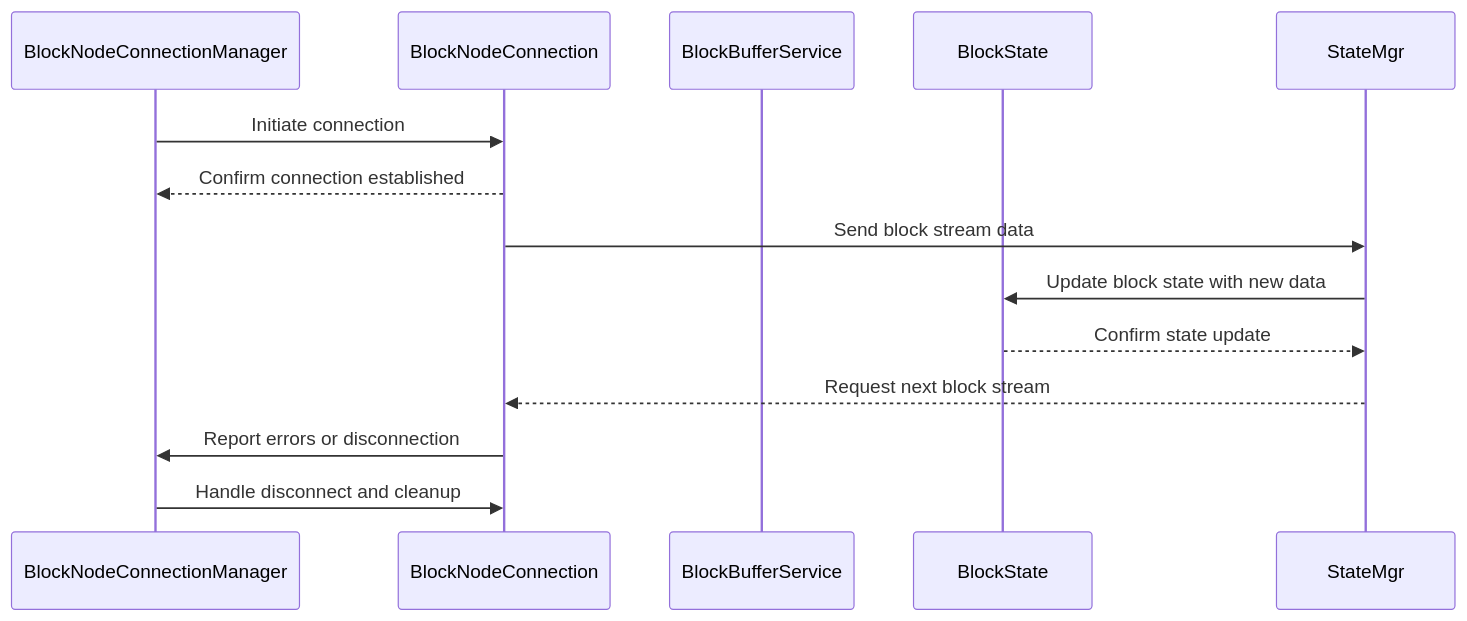
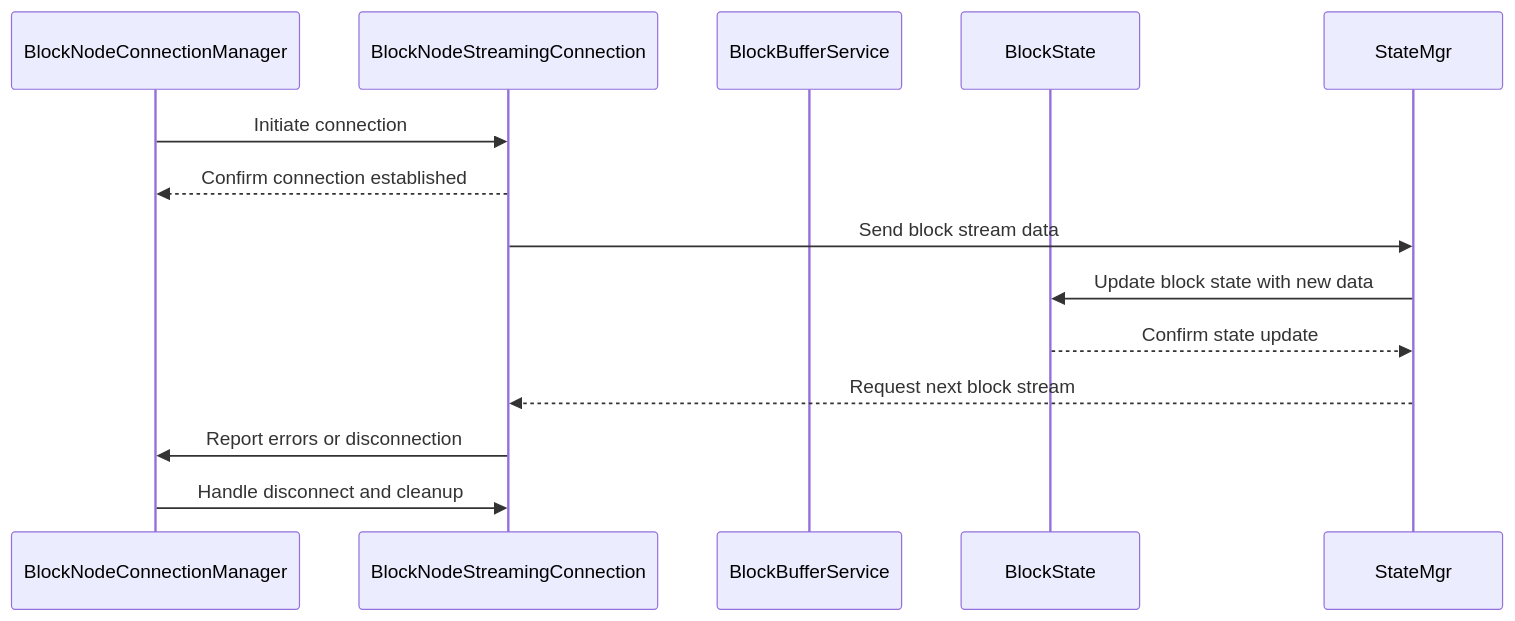
One commit to hiero-ledger/hiero-consensus-node changed the diagram in hedera-node/docs/design/app/blocks/README.md. Above: the diagram before and after it, drawn with Mermaid. The commit also changed other lines of this file and 20 other files, not shown here.

Commit message:
feat: When selecting a block node, use the block node server status

````diff
--- a/hedera-node/docs/design/app/blocks/README.md
+++ b/hedera-node/docs/design/app/blocks/README.md
@@ -21,16 +21,16 @@
 ```mermaid
 sequenceDiagram
     participant Manager as BlockNodeConnectionManager
-    participant Connection as BlockNodeConnection
+    participant Connection as BlockNodeStreamingConnection
     participant Buffer as BlockBufferService
     participant BlockState as BlockState
 
     Manager->>Connection: Initiate connection
     Connection-->>Manager: Confirm connection established
     Connection->>StateMgr: Send block stream data
     StateMgr->>BlockState: Update block state with new data
     BlockState-->>StateMgr: Confirm state update
     StateMgr-->>Connection: Request next block stream
     Connection->>Manager: Report errors or disconnection
     Manager->>Connection: Handle disconnect and cleanup
 ```
````
